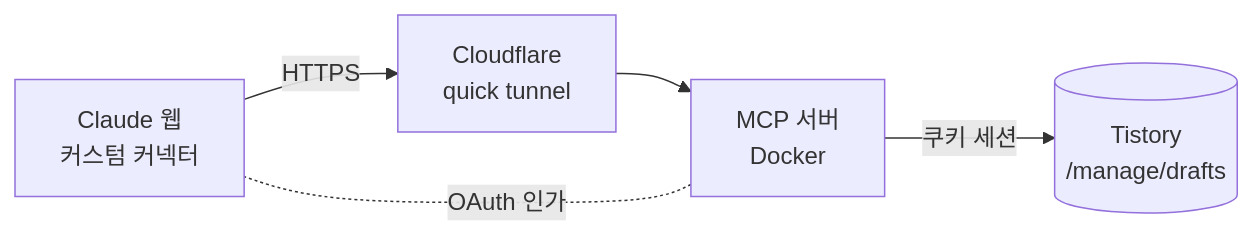
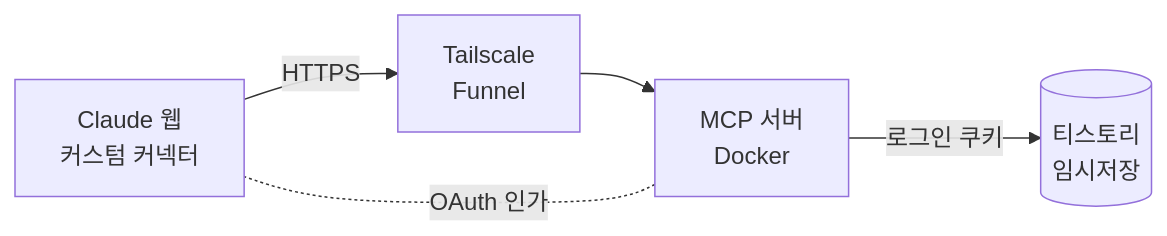
Before and after one commit to euiseok00/mcp-tistory: the diagram in README.md, drawn with Mermaid. The commit also changed other lines of this file and 9 other files, not shown here.

Commit message:
chore: Cloudflare quick tunnel을 Tailscale Funnel 고정 URL로 교체

````diff
--- a/README.md
+++ b/README.md
@@ -34,7 +42,7 @@
 ```mermaid
 flowchart LR
-    A[Claude 웹<br/>커스텀 커넥터] -- HTTPS --> B[Cloudflare<br/>quick tunnel]
+    A[Claude 웹<br/>커스텀 커넥터] -- HTTPS --> B[Tailscale<br/>Funnel]
     B --> C[MCP 서버<br/>Docker]
-    C -- 쿠키 세션 --> D[(Tistory<br/>/manage/drafts)]
+    C -- 로그인 쿠키 --> D[(티스토리<br/>임시저장)]
     C -. OAuth 인가 .- A
 ```
````
